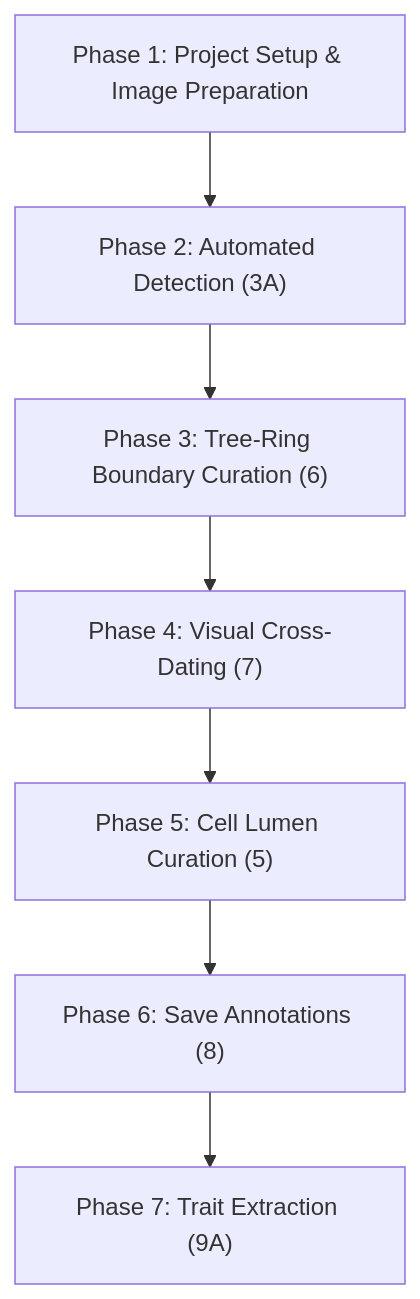
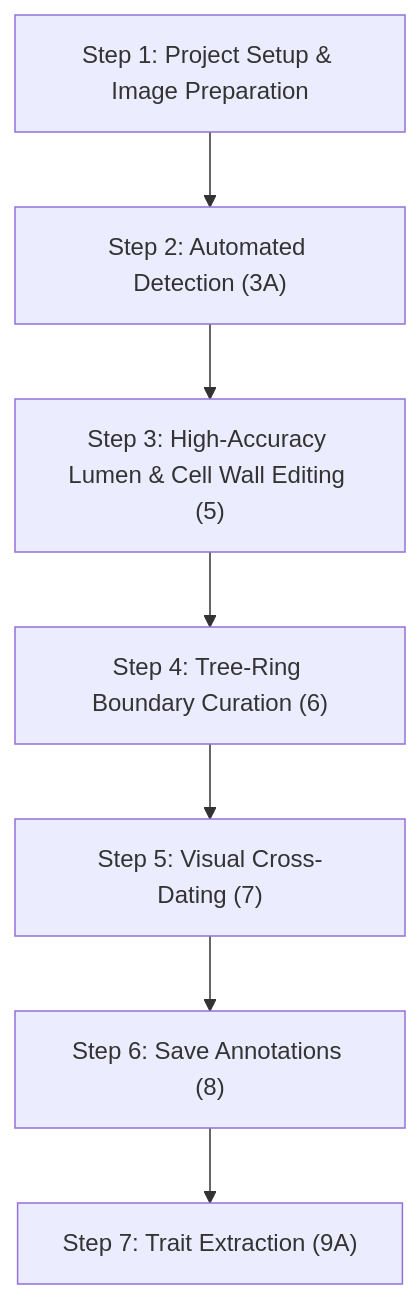
The second of 3 diagrams in docs/tutorials/workflows.md (roxas-ai/napari-roxas-ai), drawn with Mermaid before and after one commit. The commit also changed other lines of this file, not shown here.

Commit message:
Update tutorial workflows: revise step names for consistency, refine descriptions, and add detailed editing techniques with new visuals.

````diff
--- a/docs/tutorials/workflows.md
+++ b/docs/tutorials/workflows.md
@@ -58,9 +58,9 @@
 ```mermaid
 flowchart TD
-    P1["Phase 1: Project Setup & Image Preparation"] --> P2["Phase 2: Automated Detection (3A)"]
-    P2 --> P3["Phase 3: Tree-Ring Boundary Curation (6)"]
-    P3 --> P4["Phase 4: Visual Cross-Dating (7)"]
-    P4 --> P5["Phase 5: Cell Lumen Curation (5)"]
-    P5 --> P6["Phase 6: Save Annotations (8)"]
-    P6 --> P7["Phase 7: Trait Extraction (9A)"]
+    P1["Step 1: Project Setup & Image Preparation"] --> P2["Step 2: Automated Detection (3A)"]
+    P2 --> P3["Step 3: High-Accuracy Lumen & Cell Wall Editing (5)"]
+    P3 --> P4["Step 4: Tree-Ring Boundary Curation (6)"]
+    P4 --> P5["Step 5: Visual Cross-Dating (7)"]
+    P5 --> P6["Step 6: Save Annotations (8)"]
+    P6 --> P7["Step 7: Trait Extraction (9A)"]
 ```
````
